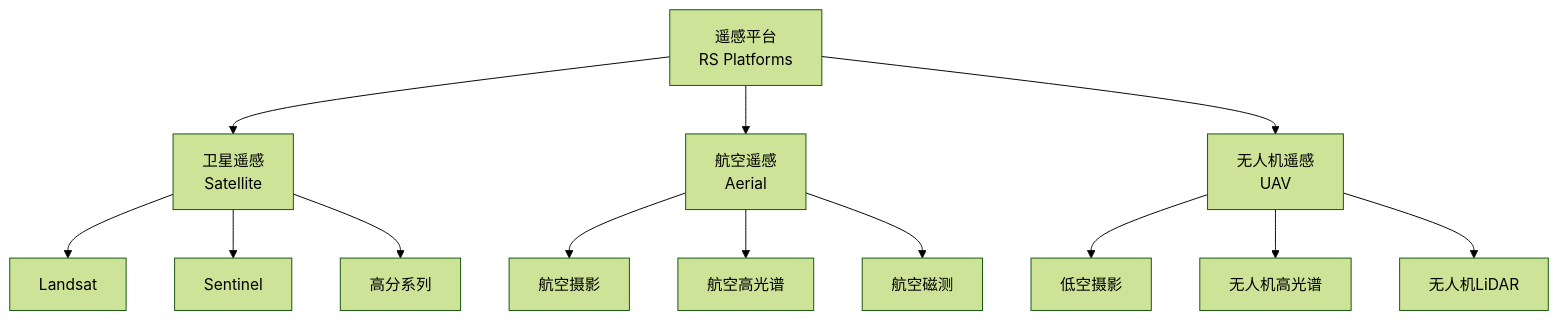
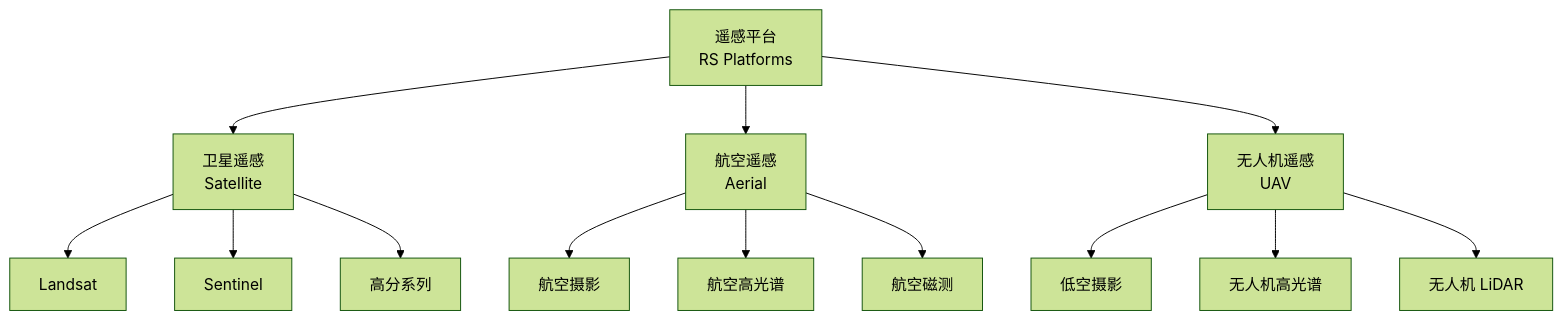
The first of 2 diagrams in 04_EngineeringAndTechnology/GeologicalAndMiningEngineering/GeologicalEngineering/RemoteSensing.md (Tianshang301/TianshangKnowledgeBase), drawn with Mermaid (forest theme) before and after one commit. The commit also changed other lines of this file and 2257 other files, not shown here.

````diff
--- a/04_EngineeringAndTechnology/GeologicalAndMiningEngineering/GeologicalEngineering/RemoteSensing.md
+++ b/04_EngineeringAndTechnology/GeologicalAndMiningEngineering/GeologicalEngineering/RemoteSensing.md
@@ -70,15 +72,15 @@
 ```mermaid
 graph TD
     A[遥感平台<br/>RS Platforms] --> B[卫星遥感<br/>Satellite]
     A --> C[航空遥感<br/>Aerial]
     A --> D[无人机遥感<br/>UAV]
     B --> B1[Landsat]
     B --> B2[Sentinel]
     B --> B3[高分系列]
     C --> C1[航空摄影]
     C --> C2[航空高光谱]
     C --> C3[航空磁测]
     D --> D1[低空摄影]
     D --> D2[无人机高光谱]
-    D --> D3[无人机LiDAR]
+    D --> D3[无人机 LiDAR]
 ```
````
